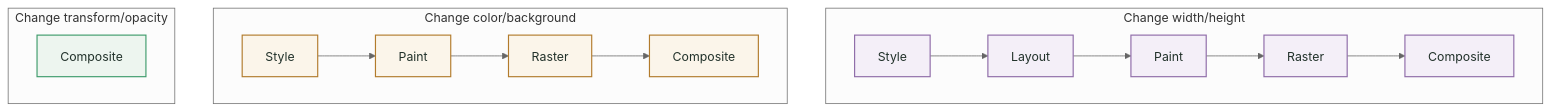
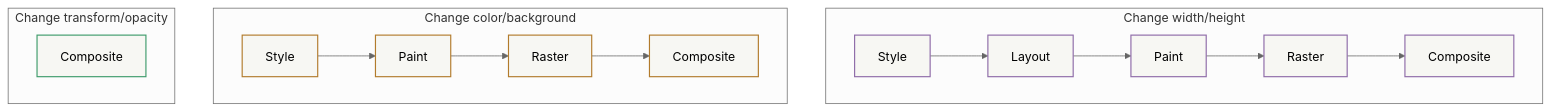
Before and after one commit to Fatejian/frontier-vault: the third of 3 diagrams in docs/en/browser/painting-rasterization.md, drawn with Mermaid (neutral theme). The commit also changed other lines of this file and 65 other files, not shown here.

First line of the commit message:
fix(theme): unify mermaid chart palette and remove solid core fills

````diff
--- a/docs/en/browser/painting-rasterization.md
+++ b/docs/en/browser/painting-rasterization.md
@@ -382,25 +382,25 @@
 ```mermaid
 flowchart TB
     subgraph Width["Change width/height"]
         direction LR
         W1[Style] --> W2[Layout] --> W3[Paint] --> W4[Raster] --> W5[Composite]
     end
 
     subgraph Color["Change color/background"]
         direction LR
         C1[Style] --> C2[Paint] --> C3[Raster] --> C4[Composite]
     end
 
     subgraph Transform["Change transform/opacity"]
         direction LR
         T1[Composite]
     end
 
-    classDef metric fill:#F4EFF8,stroke:#8E6BA8,color:#22322B,stroke-width:1.5px;
-    classDef block fill:#FBF5EA,stroke:#B27B2C,color:#22322B,stroke-width:1.5px;
-    classDef work fill:#EDF5EF,stroke:#3E9B6B,color:#22322B,stroke-width:1.5px;
+    classDef metric fill:#F7F7F3,stroke:#8E6BA8,stroke-width:1.5px;
+    classDef block fill:#F7F7F3,stroke:#B27B2C,stroke-width:1.5px;
+    classDef work fill:#F7F7F3,stroke:#3E9B6B,stroke-width:1.5px;
 
     class W1,W2,W3,W4,W5 metric;
     class C1,C2,C3,C4 block;
     class T1 work;
 ```
````
